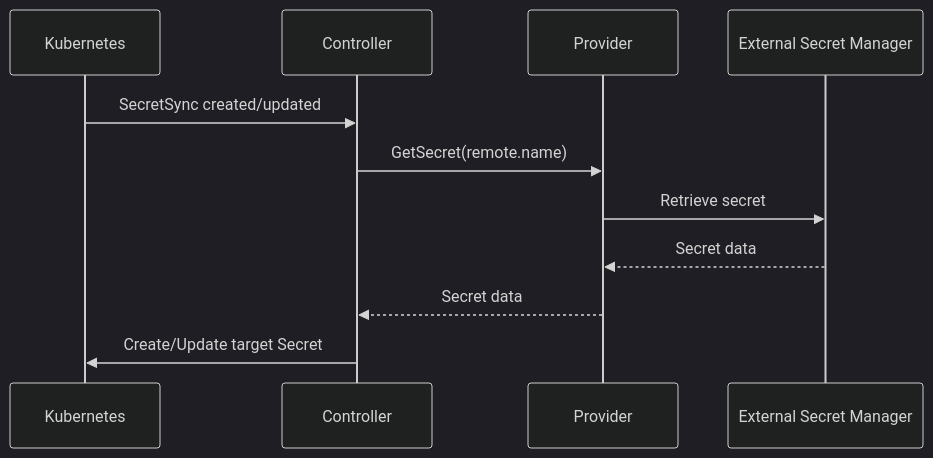
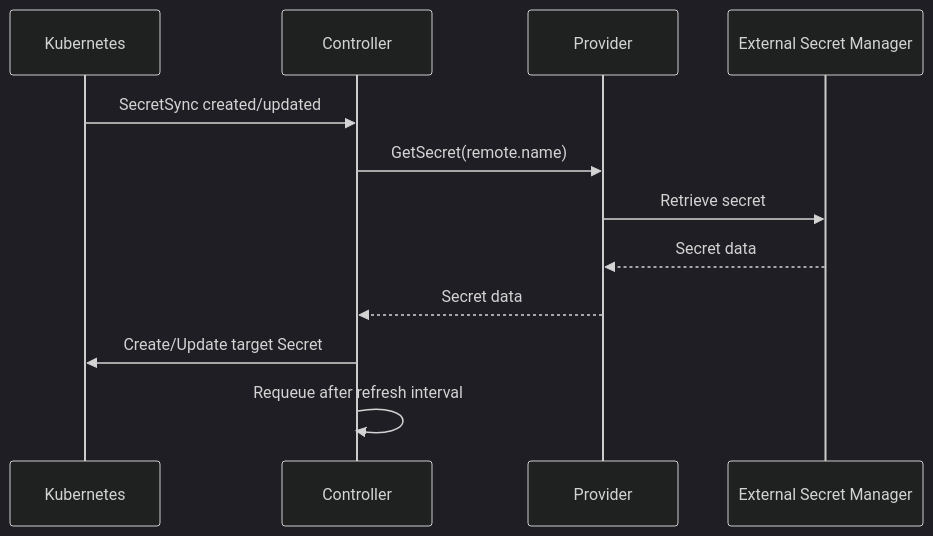
Before and after one commit to ukfungr/secret-sync-operator: the second of 8 diagrams in README.md, drawn with Mermaid (dark theme). The commit also changed other lines of this file and 6 other files, not shown here.

Commit message:
feat: add configurable secret refresh interval (#4)

````diff
--- a/README.md
+++ b/README.md
@@ -65,14 +170,16 @@
 ```mermaid
 sequenceDiagram
+
     participant K as Kubernetes
     participant C as Controller
     participant P as Provider
     participant E as External Secret Manager
 
     K->>C: SecretSync created/updated
     C->>P: GetSecret(remote.name)
     P->>E: Retrieve secret
     E-->>P: Secret data
     P-->>C: Secret data
     C->>K: Create/Update target Secret
+    C->>C: Requeue after refresh interval
 ```
````
